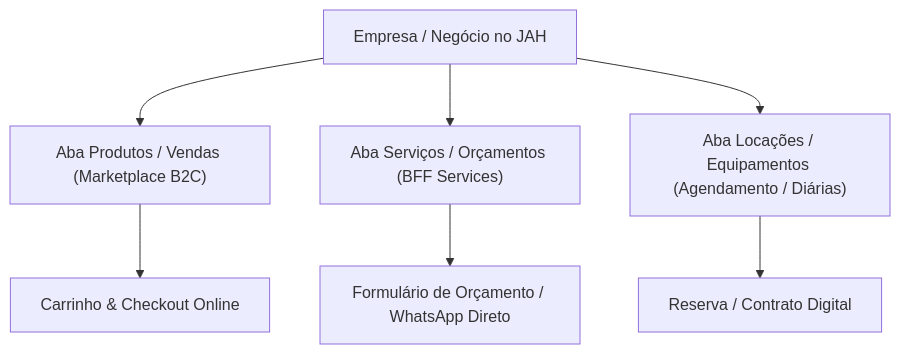
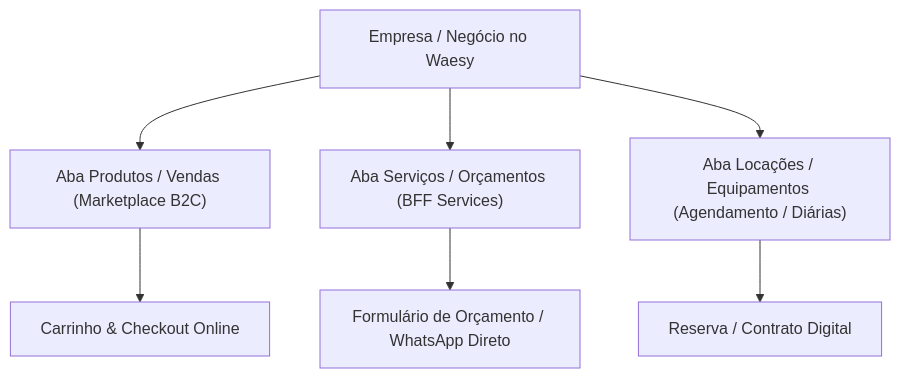
The first of 2 diagrams in docs/SUPER_NICHES_ONTOLOGY_MAP.md (EduardoChapeco/jah), drawn with Mermaid before and after one commit. The commit also changed other lines of this file and 774 other files, not shown here.

````diff
--- a/docs/SUPER_NICHES_ONTOLOGY_MAP.md
+++ b/docs/SUPER_NICHES_ONTOLOGY_MAP.md
@@ -62,10 +62,10 @@
 ```mermaid
 graph TD
-    Store["Empresa / Negócio no JAH"] --> Tab1["Aba Produtos / Vendas (Marketplace B2C)"]
+    Store["Empresa / Negócio no Waesy"] --> Tab1["Aba Produtos / Vendas (Marketplace B2C)"]
     Store --> Tab2["Aba Serviços / Orçamentos (BFF Services)"]
     Store --> Tab3["Aba Locações / Equipamentos (Agendamento / Diárias)"]
     
     Tab1 --> Cart["Carrinho & Checkout Online"]
     Tab2 --> Quote["Formulário de Orçamento / WhatsApp Direto"]
     Tab3 --> Booking["Reserva / Contrato Digital"]
 ```
````
